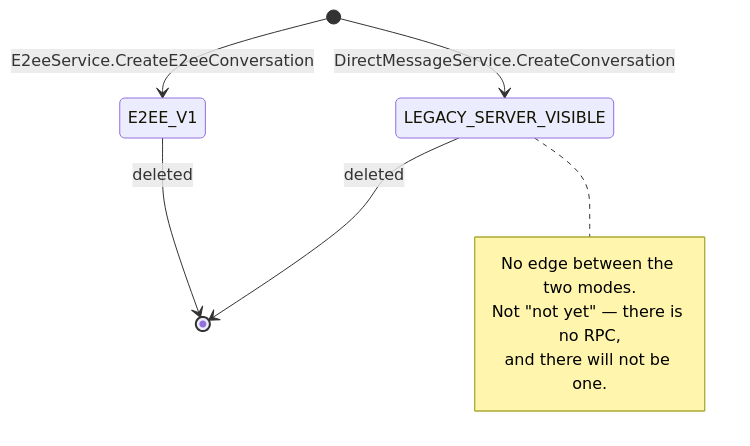
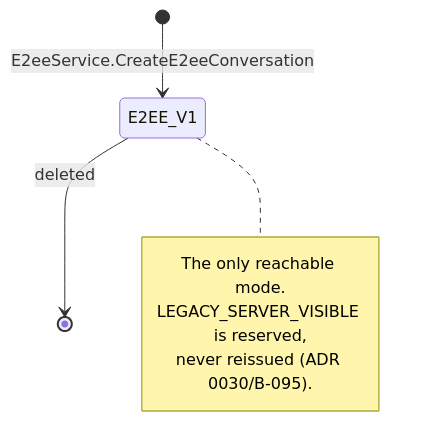
Before and after one commit to alliecatowo/patches: the first of 5 diagrams in docs/architecture/e2ee.md, drawn with Mermaid. The commit also changed other lines of this file and 15 other files, not shown here.

First line of the commit message:
docs(dms): sweep server-visible DM references after B-095/B-096 (B-097)

````diff
--- a/docs/architecture/e2ee.md
+++ b/docs/architecture/e2ee.md
@@ -42,12 +44,10 @@
 ```mermaid
 stateDiagram-v2
-    [*] --> LEGACY_SERVER_VISIBLE: DirectMessageService.CreateConversation
     [*] --> E2EE_V1: E2eeService.CreateE2eeConversation
-    LEGACY_SERVER_VISIBLE --> [*]: deleted
     E2EE_V1 --> [*]: deleted
-    note right of LEGACY_SERVER_VISIBLE
-        No edge between the two modes.
-        Not "not yet" — there is no RPC,
-        and there will not be one.
+    note right of E2EE_V1
+        The only reachable mode.
+        LEGACY_SERVER_VISIBLE is reserved,
+        never reissued (ADR 0030/B-095).
     end note
 ```
````
